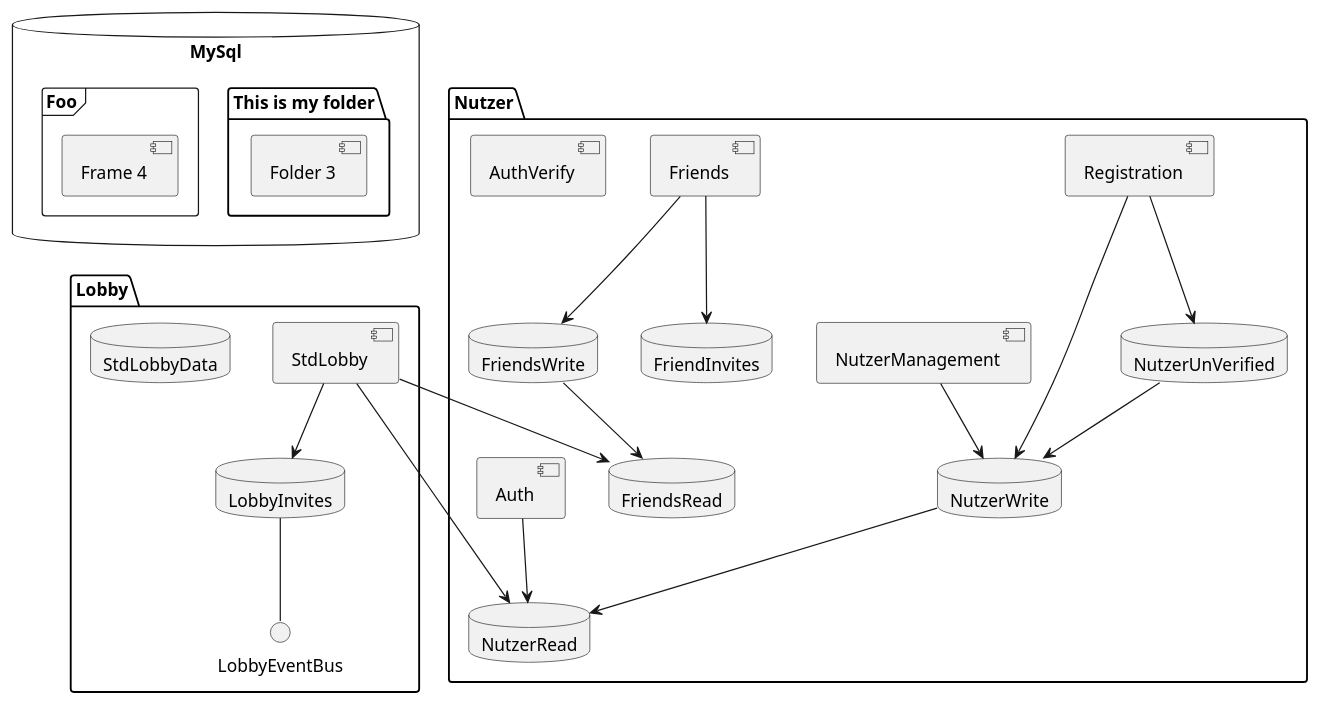
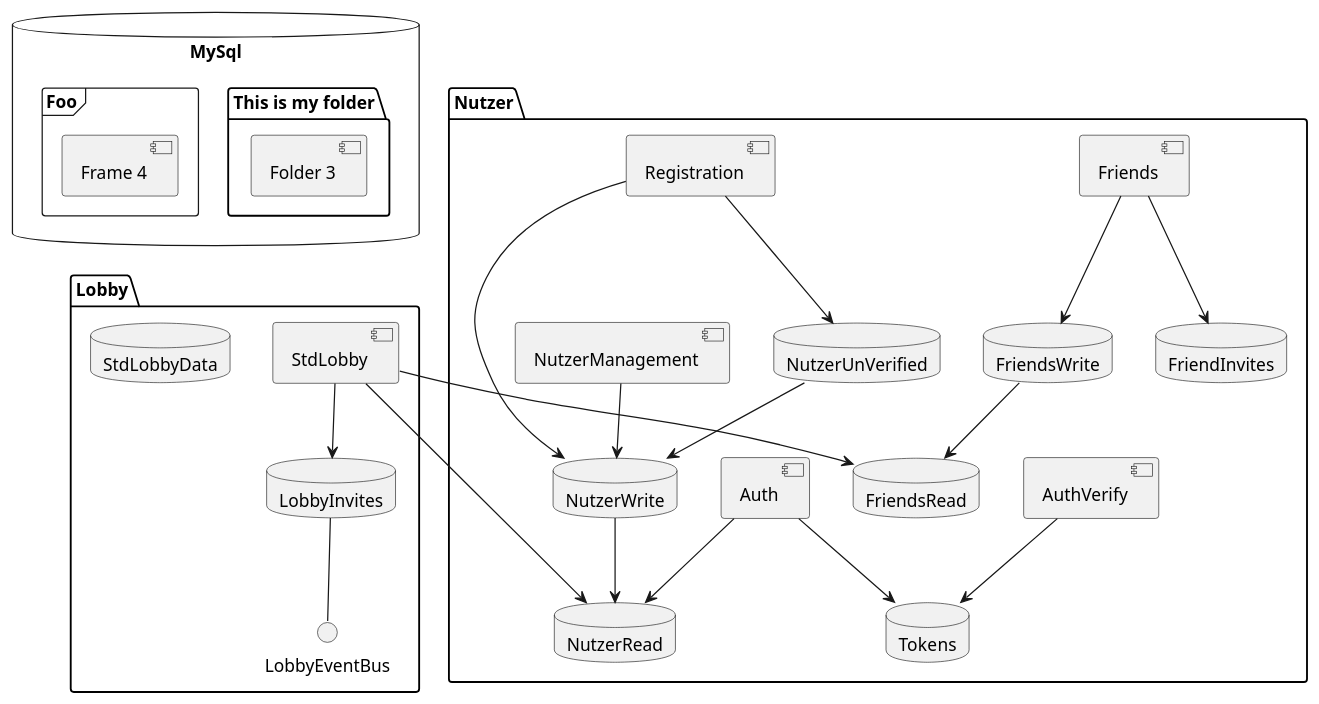
One commit to MattiKrause/lobby_server changed the diagram in components.puml. Above: the diagram before and after it, drawn with PlantUML. The commit also changed 9 other files, not shown here.

```diff
--- a/components.puml
+++ b/components.puml
@@ -1,53 +1,56 @@
 @startuml
 'https://plantuml.com/component-diagram
 
 database "MySql" {
   folder "This is my folder" {
     [Folder 3]
   }
   frame "Foo" {
     [Frame 4]
   }
 }
 
 package  Nutzer {
     [Auth]
     [Friends]
     [Registration]
     [AuthVerify]
     [NutzerManagement]
 
     database NutzerRead
     database NutzerWrite
     database FriendsRead
     database FriendsWrite
     database NutzerUnVerified
     database FriendInvites
+    database Tokens
 }
 
 package Lobby {
     [StdLobby]
 
     database StdLobbyData
     database LobbyInvites
 
     LobbyInvites -- LobbyEventBus
 }
 
 
 NutzerWrite --> NutzerRead
 NutzerUnVerified --> NutzerWrite
 FriendsWrite --> FriendsRead
 
 [Auth] --> NutzerRead
+[Auth] --> Tokens
+[AuthVerify] --> Tokens
 [Registration] --> NutzerUnVerified
 [Registration] --> NutzerWrite
 [NutzerManagement] --> NutzerWrite
 [Friends] --> FriendsWrite
 [Friends] --> FriendInvites
 
 [StdLobby] --> FriendsRead
 [StdLobby] --> LobbyInvites
 [StdLobby] --> NutzerRead
 
 @enduml
```
